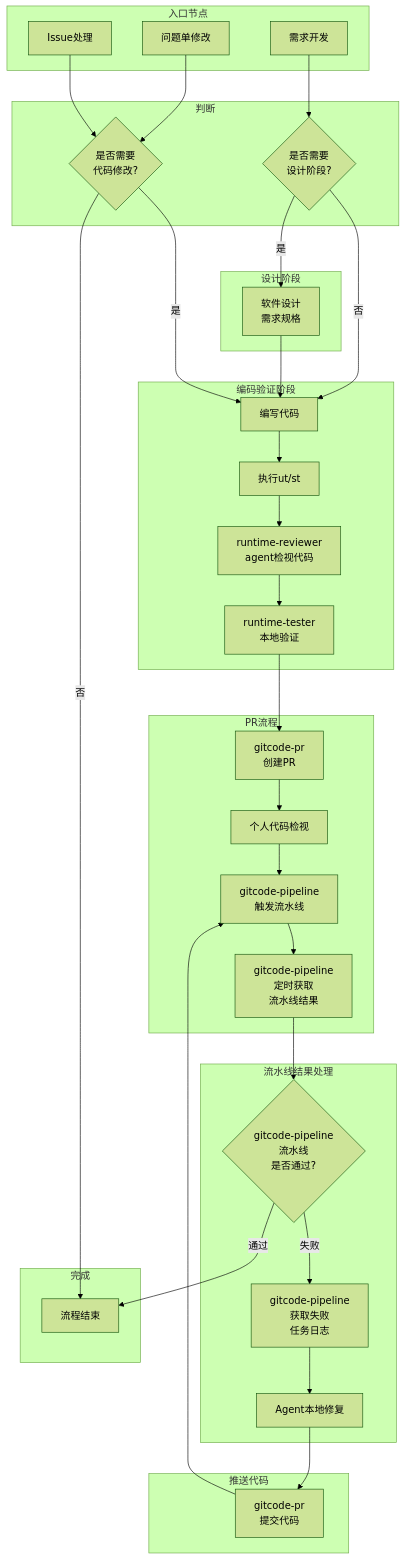
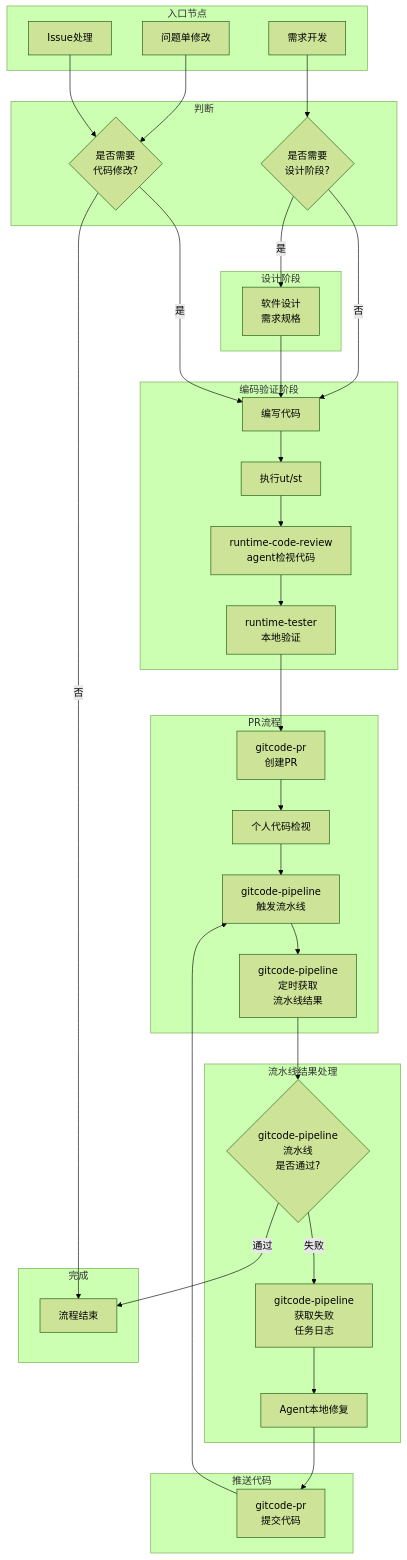
One commit to 18liumin/runtime changed the diagram in .opencode/README.md. Above: the diagram before and after it, drawn with Mermaid (forest theme). The commit also changed other lines of this file and 28 other files, not shown here.

First line of the commit message:
[refactor] add runtime code review workflow and guidelines

````diff
--- a/.opencode/README.md
+++ b/.opencode/README.md
@@ -33,79 +33,79 @@
 ```mermaid
 flowchart TB
     subgraph 入口节点
         A1[需求开发]
         A2[问题单修改]
         A3[Issue处理]
     end
 
     subgraph 判断
         B1{是否需要<br/>代码修改?}
         B2{是否需要<br/>设计阶段?}
     end
 
     subgraph 设计阶段
         C1[软件设计<br/>需求规格]
     end
 
     subgraph 编码验证阶段
         D1[编写代码]
         D2[执行ut/st]
-        D3[runtime-reviewer<br/>agent检视代码]
+        D3[runtime-code-review<br/>agent检视代码]
         D4[runtime-tester<br/>本地验证]
     end
 
     subgraph PR流程
         E1[gitcode-pr<br/>创建PR]
         E2[个人代码检视]
         E3[gitcode-pipeline<br/>触发流水线]
         E4[gitcode-pipeline<br/>定时获取<br/>流水线结果]
     end
 
     subgraph 流水线结果处理
         F1{gitcode-pipeline<br/>流水线<br/>是否通过?}
         F2[gitcode-pipeline<br/>获取失败<br/>任务日志]
         F3[Agent本地修复]
     end
 
    subgraph 推送代码
         I1[gitcode-pr<br/>提交代码]
     end
 
     subgraph 完成
         H1[流程结束]
     end
 
     %% 入口到判断
     A1 --> B2
     A2 --> B1
     A3 --> B1
 
     %% 设计判断
     B2 -->|是| C1
     B2 -->|否| D1
     C1 --> D1
 
     %% 编码判断
     B1 -->|是| D1
     B1 -->|否| H1
 
     %% 编码到PR
     D1 --> D2
     D2 --> D3
     D3 --> D4
     D4 --> E1
 
     %% PR流程
     E1 --> E2
     E2 --> E3
     E3 --> E4
     E4 --> F1
 
     %% 流水线结果处理
     F1 -->|通过| H1
     F1 -->|失败| F2
     F2 --> F3
     F3 --> I1
     I1 --> E3
 
 ```
````
